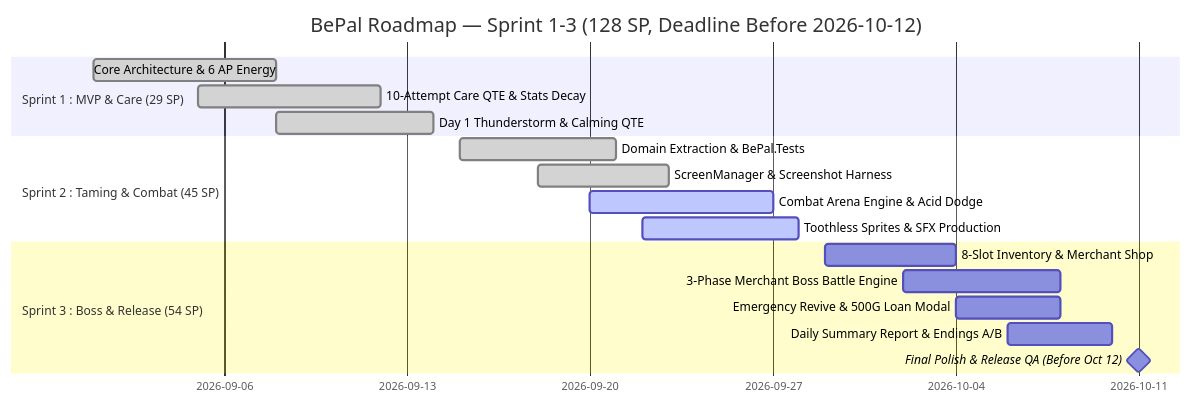
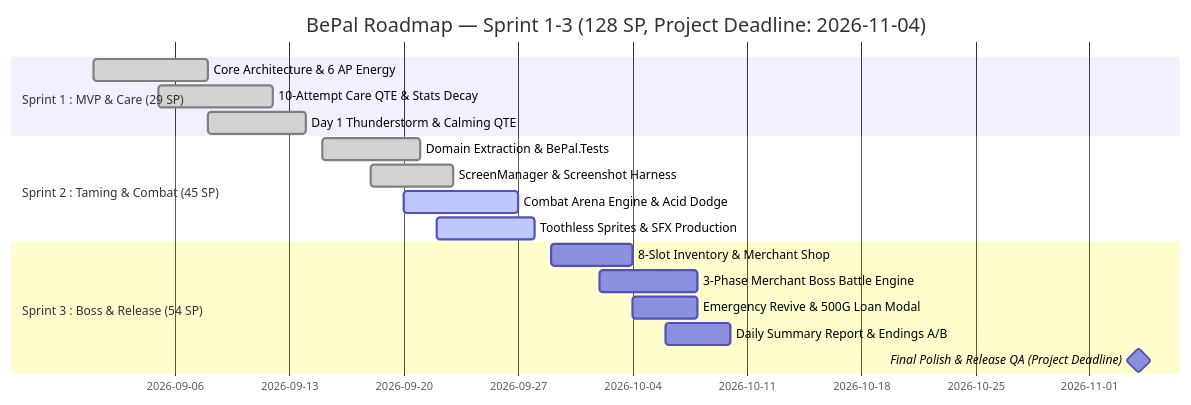
One commit to SShoww/Your-Story changed the diagram in BEPAL/Docs/NewAgile/02-sprint-backlog.md. Above: the diagram before and after it, drawn with Mermaid. The commit also changed other lines of this file and 11 other files, not shown here.

````diff
--- a/BEPAL/Docs/NewAgile/02-sprint-backlog.md
+++ b/BEPAL/Docs/NewAgile/02-sprint-backlog.md
@@ -27,20 +27,20 @@
 ```mermaid
 gantt
-    title BePal Roadmap — Sprint 1-3 (128 SP, Deadline Before 2026-10-12)
+    title BePal Roadmap — Sprint 1-3 (128 SP, Project Deadline: 2026-11-04)
     dateFormat  YYYY-MM-DD
     section Sprint 1 : MVP & Care (29 SP)
     Core Architecture & 6 AP Energy      :done, s1_1, 2026-09-01, 7d
     10-Attempt Care QTE & Stats Decay    :done, s1_2, 2026-09-05, 7d
     Day 1 Thunderstorm & Calming QTE     :done, s1_3, 2026-09-08, 6d
     section Sprint 2 : Taming & Combat (45 SP)
     Domain Extraction & BePal.Tests     :done, s2_1, 2026-09-15, 6d
     ScreenManager & Screenshot Harness   :done, s2_2, 2026-09-18, 5d
     Combat Arena Engine & Acid Dodge     :active, s2_3, 2026-09-20, 7d
     Toothless Sprites & SFX Production   :active, s2_4, 2026-09-22, 6d
     section Sprint 3 : Boss & Release (54 SP)
     8-Slot Inventory & Merchant Shop     :s3_1, 2026-09-29, 5d
     3-Phase Merchant Boss Battle Engine  :s3_2, 2026-10-02, 6d
     Emergency Revive & 500G Loan Modal   :s3_3, 2026-10-04, 4d
     Daily Summary Report & Endings A/B   :s3_4, 2026-10-06, 4d
-    Final Polish & Release QA (Before Oct 12):milestone, m1, 2026-10-11, 0d
+    Final Polish & Release QA (Project Deadline):milestone, m1, 2026-11-04, 0d
 ```
````
